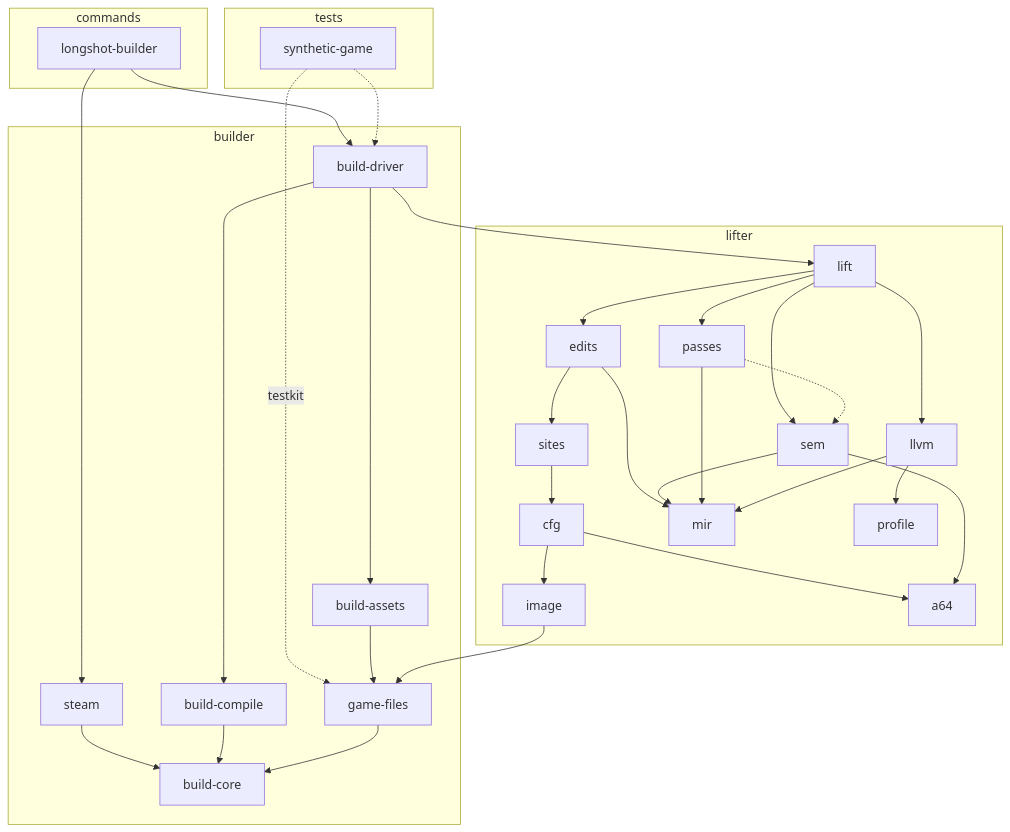
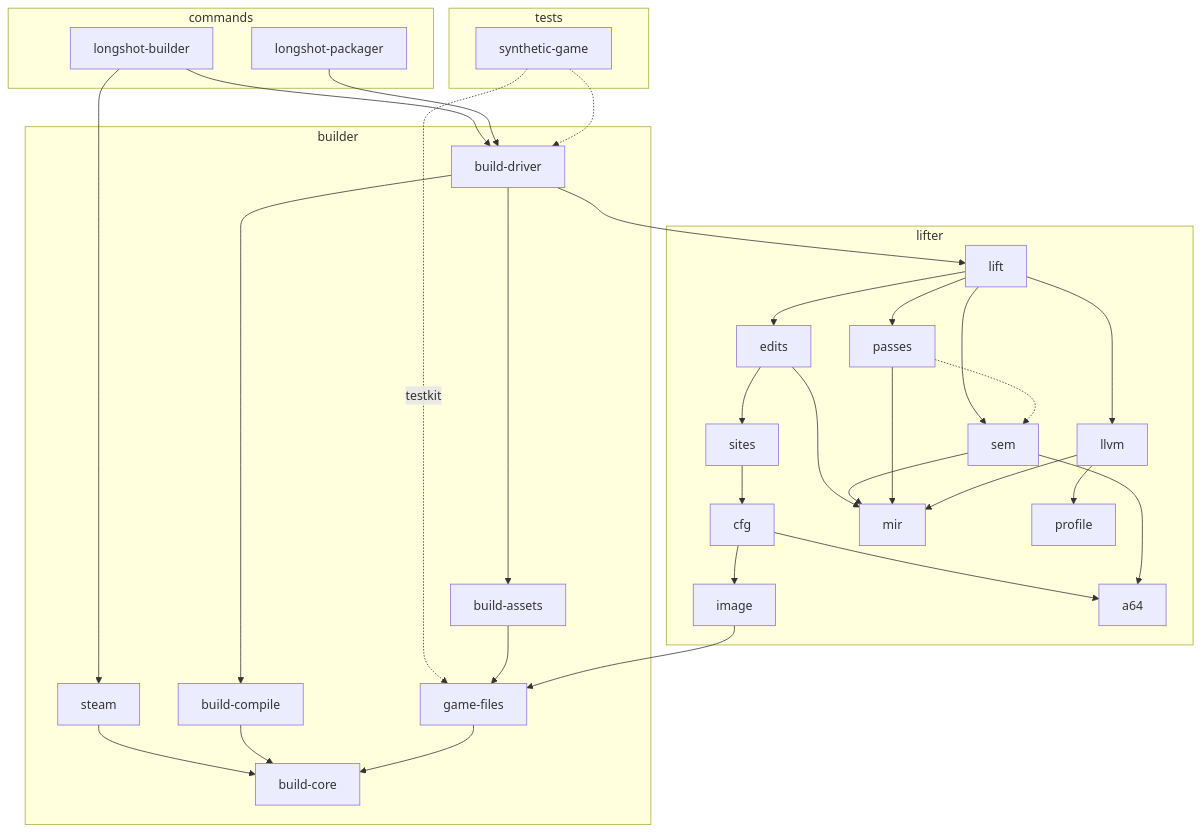
Before and after one commit to JorgeHSantana/PS5_Longshot: the diagram in builder/README.md, drawn with Mermaid. The commit also changed other lines of this file and 48 other files, not shown here.

First line of the commit message:
ci(release): the release's packaging is a program of its own, longshot-packager (#2691)

````diff
--- a/builder/README.md
+++ b/builder/README.md
@@ -45,60 +46,62 @@
 ```mermaid
 graph TD
     subgraph commands
         longshot_builder[longshot-builder]
+        longshot_packager[longshot-packager]
     end
     subgraph tests
         synthetic_game[synthetic-game]
     end
     subgraph builder
         build_driver[build-driver]
         build_compile[build-compile]
         build_assets[build-assets]
         game_files[game-files]
         steam
         build_core[build-core]
     end
     subgraph lifter
         lift
         edits
         sites
         cfg
         sem
         passes
         llvm
         mir
         profile
         image
         a64
     end
 
     longshot_builder --> build_driver
     longshot_builder --> steam
+    longshot_packager --> build_driver
     steam --> build_core
     synthetic_game -.-> build_driver
     synthetic_game -.->|testkit| game_files
 
     build_driver --> build_assets
     build_driver --> build_compile
     build_driver --> lift
     build_assets --> game_files
     build_compile --> build_core
     game_files --> build_core
 
     lift --> edits
     lift --> sem
     lift --> passes
     lift --> llvm
     edits --> sites
     edits --> mir
     sites --> cfg
     cfg --> a64
     cfg --> image
     image --> game_files
     sem --> a64
     sem --> mir
     passes --> mir
     passes -.-> sem
     llvm --> mir
     llvm --> profile
 ```
````
